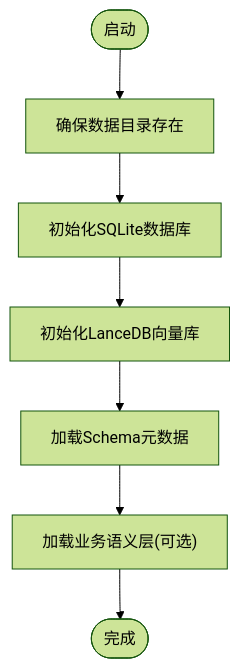
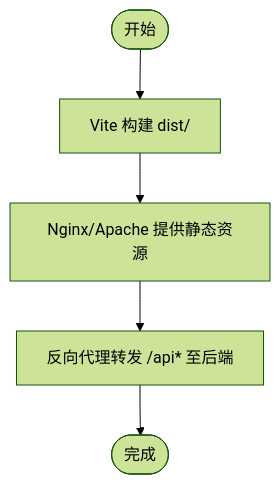
The fourth of 5 diagrams in NL2SQL/.qoder/repowiki/zh/content/部署与运维/部署指南.md (HanHuiOnLine/724-office), drawn with Mermaid (forest theme) before and after one commit. The commit also changed other lines of this file and 203 other files, not shown here.

````diff
--- a/NL2SQL/.qoder/repowiki/zh/content/部署与运维/部署指南.md
+++ b/NL2SQL/.qoder/repowiki/zh/content/部署与运维/部署指南.md
@@ -165,9 +169,7 @@
 ```mermaid
 flowchart TD
-Start(["启动"]) --> EnsureDir["确保数据目录存在"]
-EnsureDir --> InitDB["初始化SQLite数据库"]
-InitDB --> InitVec["初始化LanceDB向量库"]
-InitVec --> LoadSchema["加载Schema元数据"]
-LoadSchema --> LoadSemantic["加载业务语义层(可选)"]
-LoadSemantic --> Done(["完成"])
+Start(["开始"]) --> Build["Vite 构建 dist/"]
+Build --> Static["Nginx/Apache 提供静态资源"]
+Static --> Proxy["反向代理转发 /api* 至后端"]
+Proxy --> End(["完成"])
 ```
````
